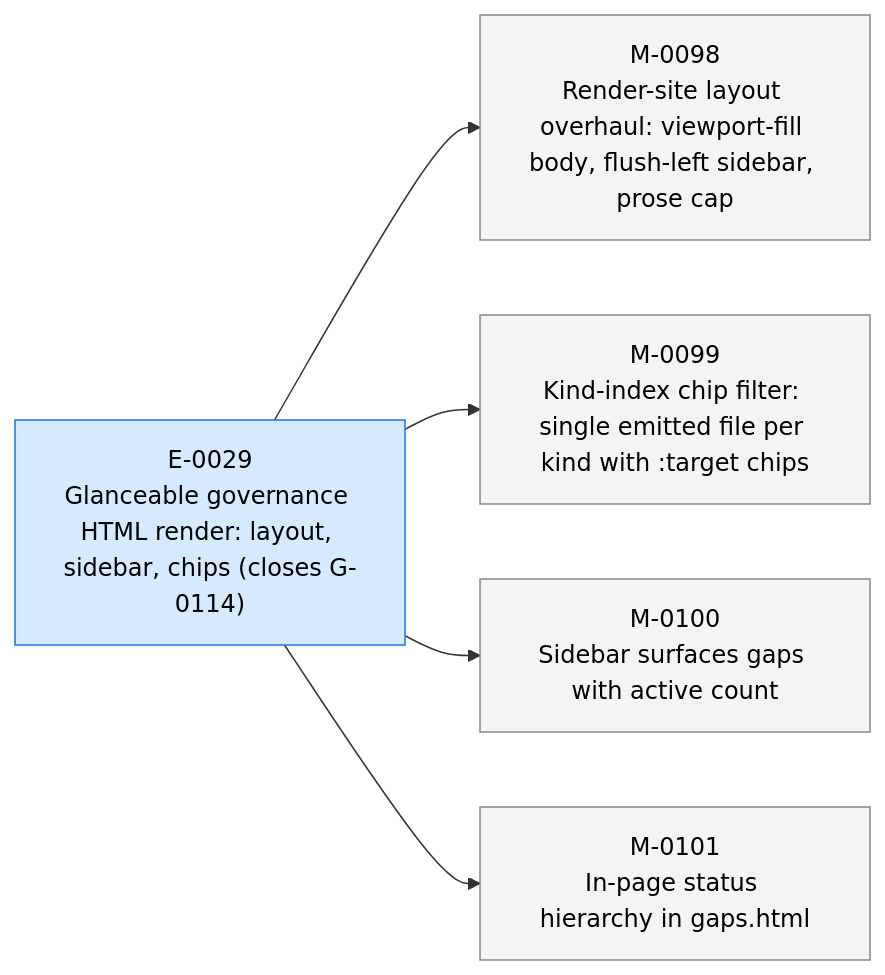
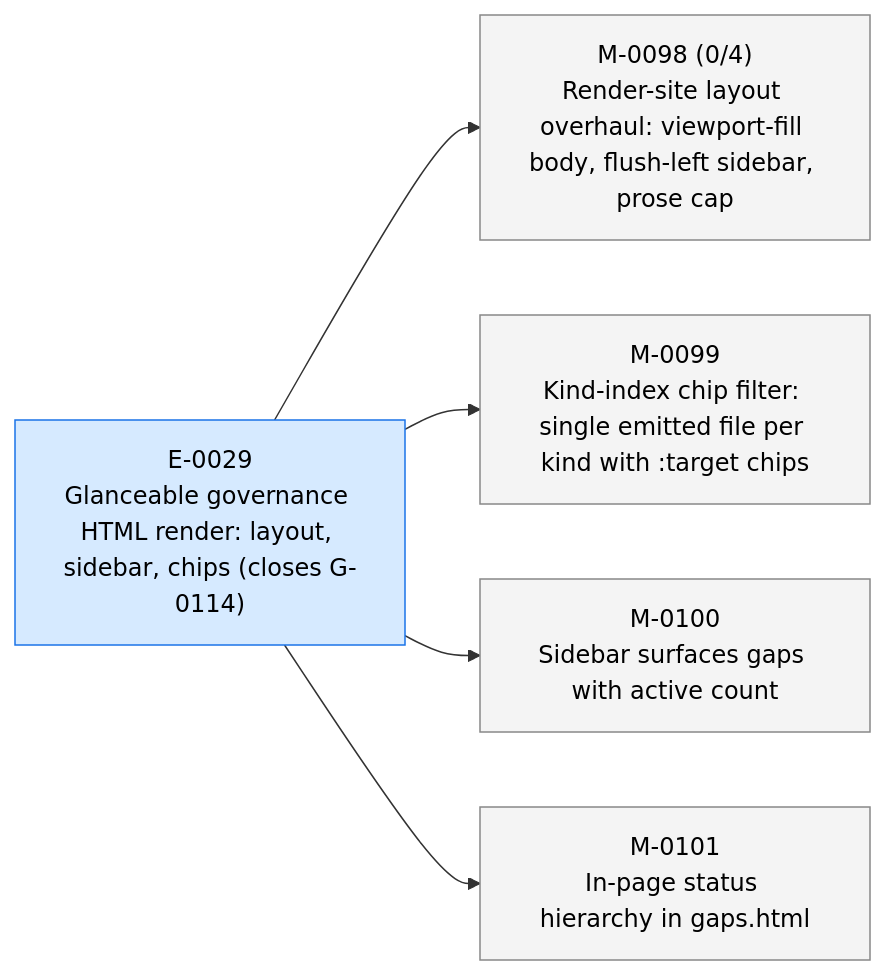
The first of 3 diagrams in STATUS.md (23min/aiwf), drawn with Mermaid before and after one commit. The commit also changed other lines of this file and 1 other file, not shown here.

````diff
--- a/STATUS.md
+++ b/STATUS.md
@@ -16,18 +16,18 @@
 ```mermaid
 flowchart LR
   E_0029["E-0029<br/>Glanceable governance HTML render: layout, sidebar, chips (closes G-0114)"]:::epic_active
-  M_0098["M-0098<br/>Render-site layout overhaul: viewport-fill body, flush-left sidebar, prose cap"]:::ms_draft
+  M_0098["M-0098 (0/4)<br/>Render-site layout overhaul: viewport-fill body, flush-left sidebar, prose cap"]:::ms_draft
   E_0029 --> M_0098
   M_0099["M-0099<br/>Kind-index chip filter: single emitted file per kind with :target chips"]:::ms_draft
   E_0029 --> M_0099
   M_0100["M-0100<br/>Sidebar surfaces gaps with active count"]:::ms_draft
   E_0029 --> M_0100
   M_0101["M-0101<br/>In-page status hierarchy in gaps.html"]:::ms_draft
   E_0029 --> M_0101
   classDef epic_active fill:#d6eaff,stroke:#1a73e8,color:#000
   classDef epic_proposed fill:#f4f4f4,stroke:#888,color:#000
   classDef ms_done fill:#d8f5d8,stroke:#2a8a2a,color:#000
   classDef ms_in_progress fill:#fff3c4,stroke:#caa400,color:#000
   classDef ms_draft fill:#f4f4f4,stroke:#888,color:#000
   classDef ms_cancelled fill:#fbeaea,stroke:#c33,color:#000
 ```
````
